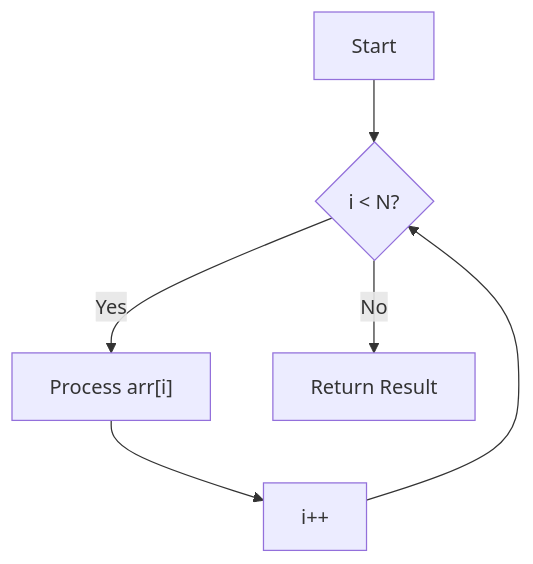
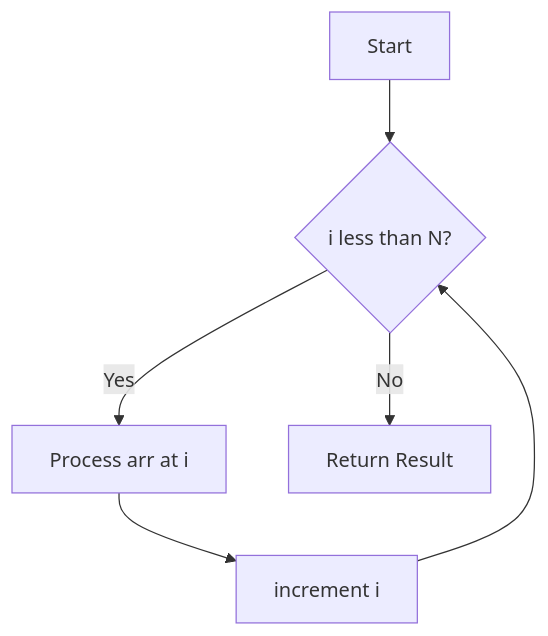
Before and after one commit to hagaramr2005/DSA-From-Scratch: the fifth of 9 diagrams in 01-Algorithm-Analysis/01- Big O notation.md, drawn with Mermaid. The commit also changed other lines of this file, not shown here.

````diff
--- a/01-Algorithm-Analysis/01- Big O notation.md
+++ b/01-Algorithm-Analysis/01- Big O notation.md
@@ -392,8 +404,8 @@
 ```mermaid
 flowchart TD
-    A[Start] --> B{i < N?}
-    B -- Yes --> C["Process arr[i]"]
-    C --> D["i++"]
+    A[Start] --> B{i less than N?}
+    B -- Yes --> C[Process arr at i]
+    C --> D[increment i]
     D --> B
     B -- No --> E[Return Result]
 ```
````
